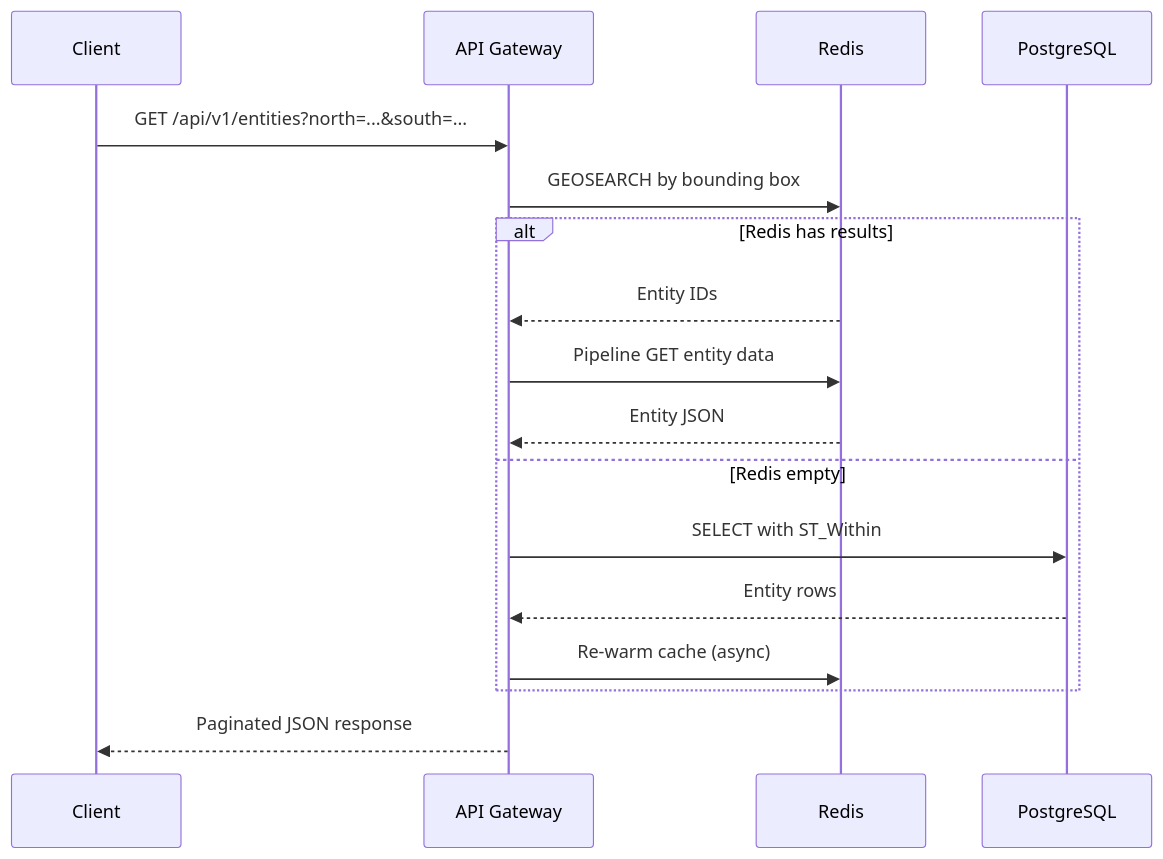
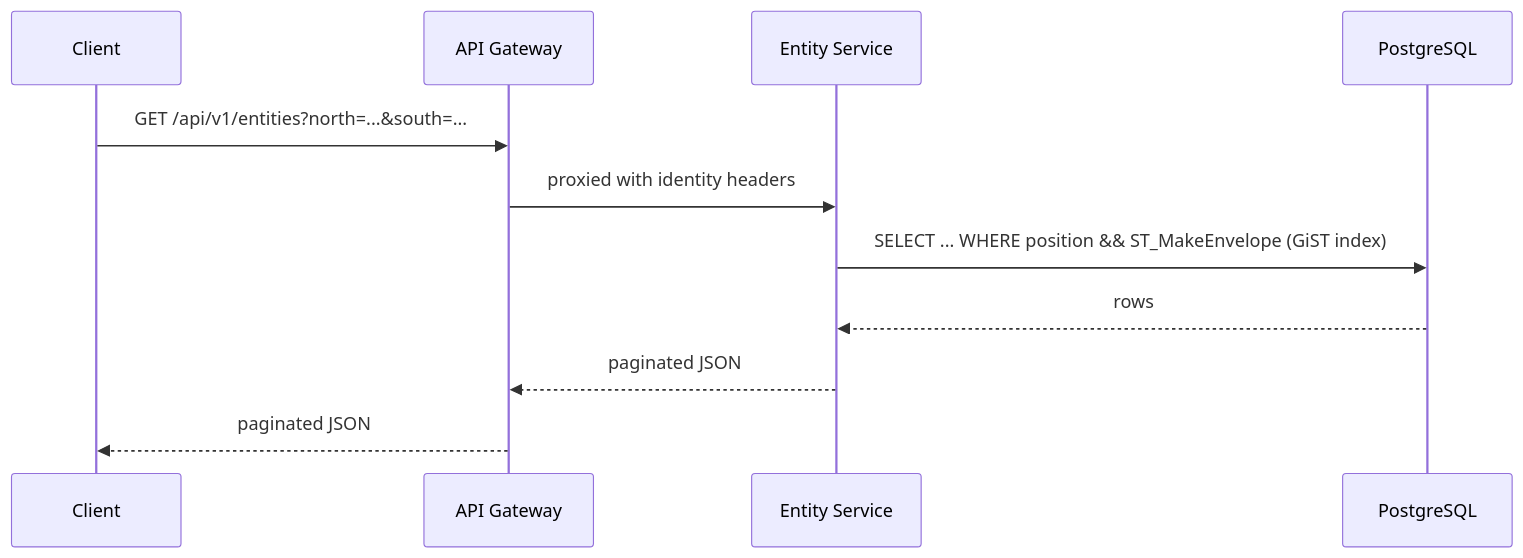
Before and after one commit to msbolton/sentinel: the third of 3 diagrams in docs/architecture.md, drawn with Mermaid. The commit also changed other lines of this file and 17 other files, not shown here.

First line of the commit message:
docs: describe the feed architecture; drop Redis and leftover env; extend the smoke test

````diff
--- a/docs/architecture.md
+++ b/docs/architecture.md
@@ -115,20 +97,14 @@
 ```mermaid
 sequenceDiagram
     participant Client
     participant GW as API Gateway
-    participant RD as Redis
+    participant ES as Entity Service
     participant PG as PostgreSQL
 
     Client->>GW: GET /api/v1/entities?north=...&south=...
-    GW->>RD: GEOSEARCH by bounding box
-    alt Redis has results
-        RD-->>GW: Entity IDs
-        GW->>RD: Pipeline GET entity data
-        RD-->>GW: Entity JSON
-    else Redis empty
-        GW->>PG: SELECT with ST_Within
-        PG-->>GW: Entity rows
-        GW->>RD: Re-warm cache (async)
-    end
-    GW-->>Client: Paginated JSON response
+    GW->>ES: proxied with identity headers
+    ES->>PG: SELECT ... WHERE position && ST_MakeEnvelope (GiST index)
+    PG-->>ES: rows
+    ES-->>GW: paginated JSON
+    GW-->>Client: paginated JSON
 ```
````
